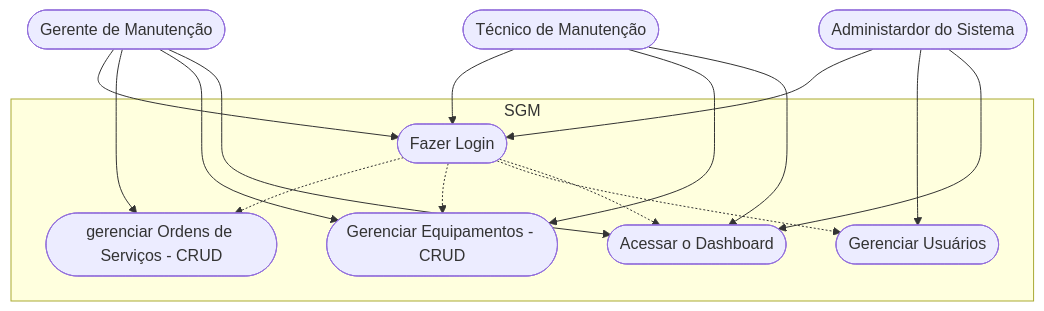
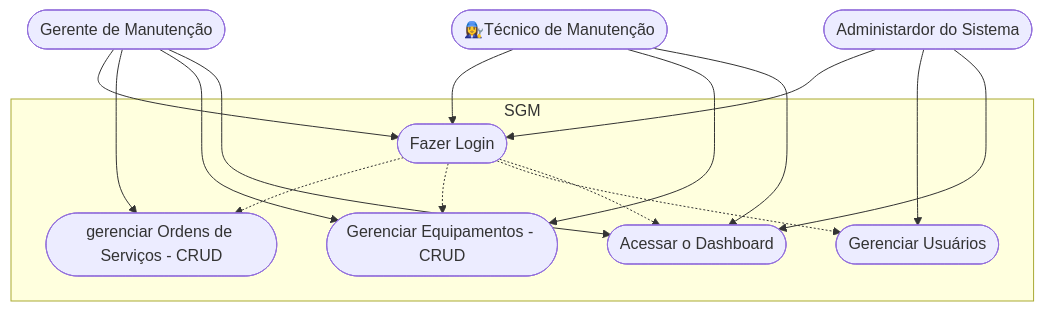
The second of 2 diagrams in README.md (Kaua1102bit/formativa-sgm), drawn with Mermaid before and after one commit.

````diff
--- a/README.md
+++ b/README.md
@@ -103,35 +103,35 @@
 ```mermaid
 
 graph TD
 
     subgraph "SGM"
         caso1([Fazer Login])
         caso2([gerenciar Ordens de Serviços - CRUD])
         caso3([Gerenciar Equipamentos - CRUD])
         caso4([Gerenciar Usuários])
         caso5([Acessar o Dashboard])
     end
 
-    Tecnico([Técnico de Manutenção])
+    Tecnico([👩‍🔧Técnico de Manutenção])
     Gerente([Gerente de Manutenção])
     Admin([Administardor do Sistema])
 
     Tecnico --> caso1
     Tecnico --> caso3
     Tecnico --> caso5
 
     Gerente --> caso1
     Gerente --> caso2
     Gerente --> caso3
     Gerente --> caso5
 
     Admin --> caso1
     Admin --> caso4
     Admin --> caso5
 
     caso1 -.-> caso2
     caso1 -.-> caso3
     caso1 -.-> caso4
     caso1 -.-> caso5
 
 ```
````
